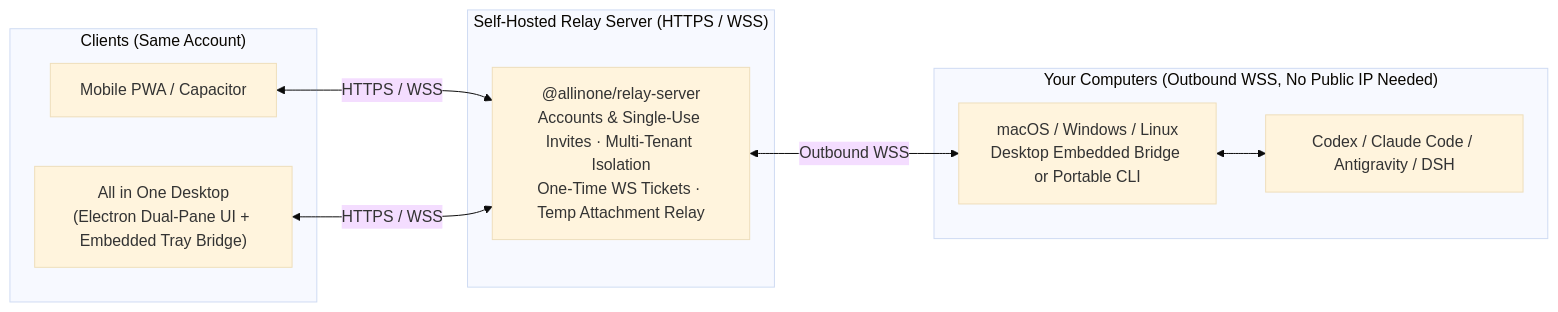
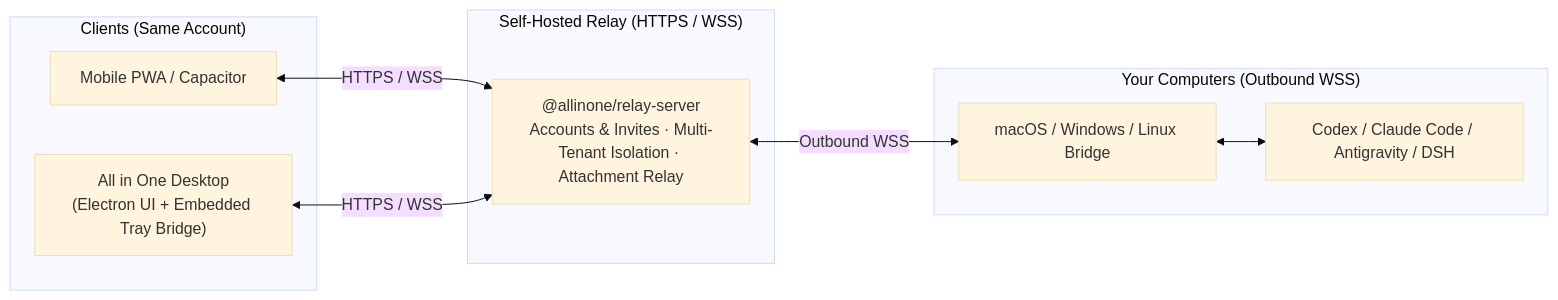
One commit to RainbowLion0320/AllinOne changed the diagram in README_EN.md. Above: the diagram before and after it, drawn with Mermaid (base theme). The commit also changed other lines of this file and 1 other file, not shown here.

````diff
--- a/README_EN.md
+++ b/README_EN.md
@@ -96,21 +92,21 @@
 ```mermaid
 flowchart LR
   subgraph Clients["Clients (Same Account)"]
     M["Mobile PWA / Capacitor"]
-    D["All in One Desktop<br/>(Electron Dual-Pane UI + Embedded Tray Bridge)"]
+    D["All in One Desktop<br/>(Electron UI + Embedded Tray Bridge)"]
   end
 
-  subgraph Server["Self-Hosted Relay Server (HTTPS / WSS)"]
-    R["@allinone/relay-server<br/>Accounts & Single-Use Invites · Multi-Tenant Isolation<br/>One-Time WS Tickets · Temp Attachment Relay"]
+  subgraph Server["Self-Hosted Relay (HTTPS / WSS)"]
+    R["@allinone/relay-server<br/>Accounts & Invites · Multi-Tenant Isolation · Attachment Relay"]
   end
 
-  subgraph PCs["Your Computers (Outbound WSS, No Public IP Needed)"]
-    B1["macOS / Windows / Linux<br/>Desktop Embedded Bridge or Portable CLI"]
+  subgraph PCs["Your Computers (Outbound WSS)"]
+    B1["macOS / Windows / Linux Bridge"]
     A1["Codex / Claude Code / Antigravity / DSH"]
     B1 <--> A1
   end
 
   M <-->|"HTTPS / WSS"| R
   D <-->|"HTTPS / WSS"| R
   R <-->|"Outbound WSS"| B1
 ```
````
